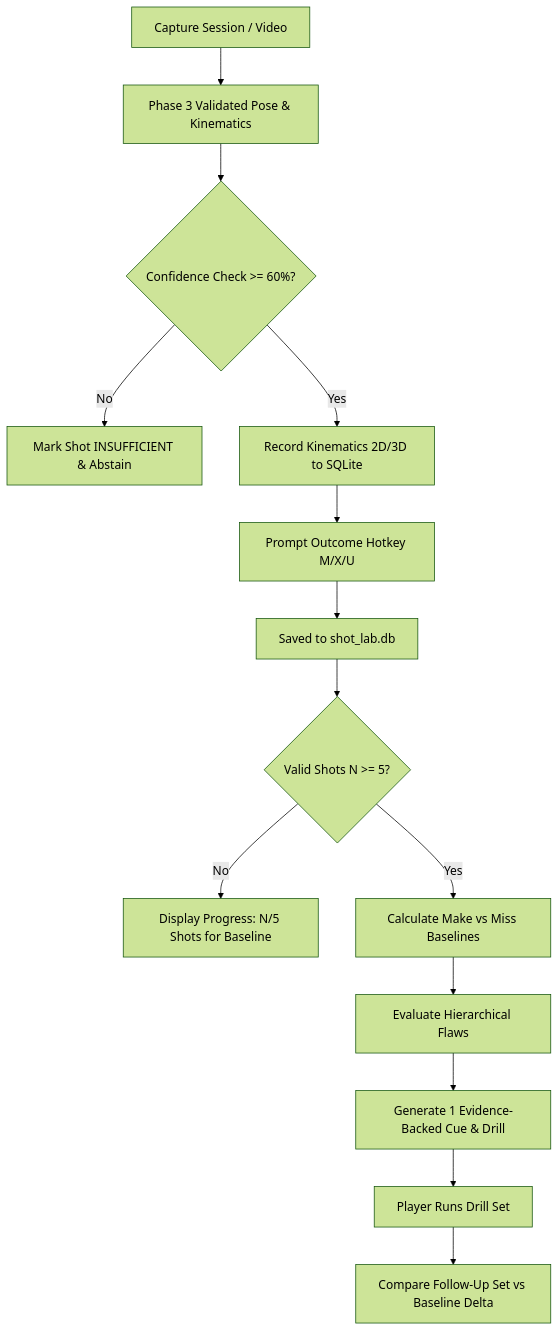
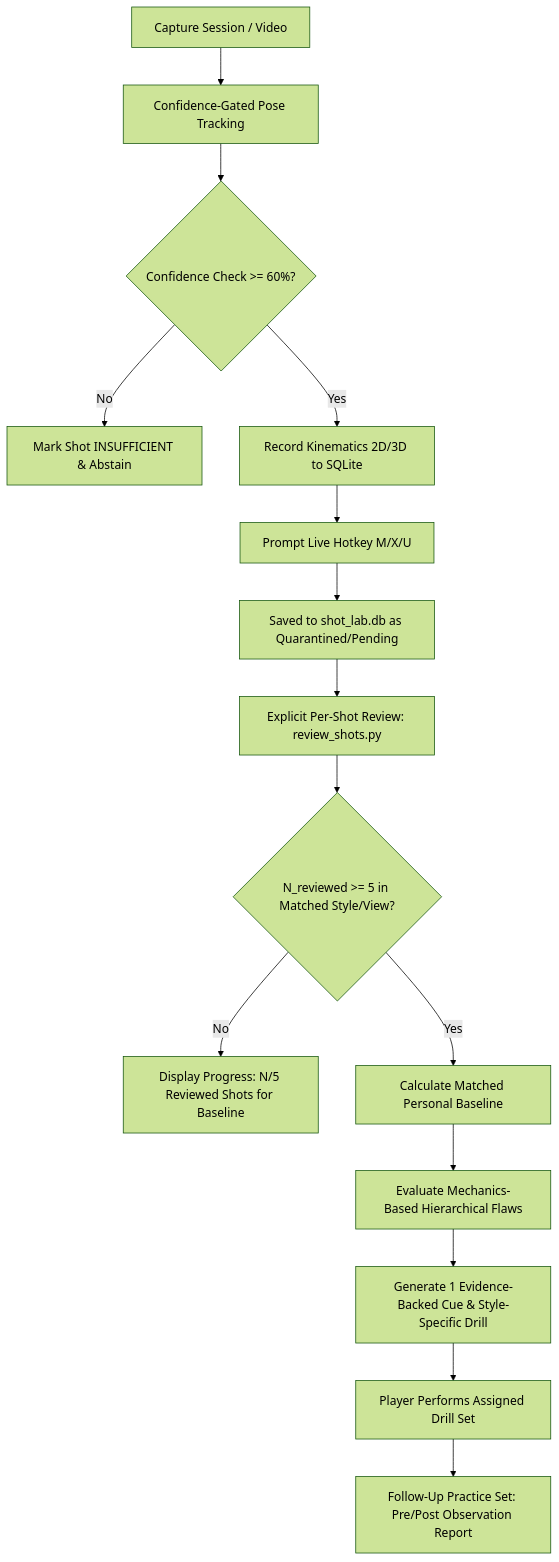
Before and after one commit to pranabbhardwaj137/basketball_proj: the diagram in .planning/phases/04-shot-lab/04-CONTEXT.md, drawn with Mermaid (forest theme). The commit also changed other lines of this file and 82 other files, not shown here.

Commit message:
Phase 4 - HUD, review shots system, model verification, mechanics improvements, dev onboarding updated

````diff
--- a/.planning/phases/04-shot-lab/04-CONTEXT.md
+++ b/.planning/phases/04-shot-lab/04-CONTEXT.md
@@ -60,16 +80,17 @@
 ```mermaid
 flowchart TD
-    A[Capture Session / Video] --> B[Phase 3 Validated Pose & Kinematics]
+    A[Capture Session / Video] --> B[Confidence-Gated Pose Tracking]
     B --> C{Confidence Check >= 60%?}
     C -->|No| D[Mark Shot INSUFFICIENT & Abstain]
     C -->|Yes| E[Record Kinematics 2D/3D to SQLite]
-    E --> F[Prompt Outcome Hotkey M/X/U]
-    F --> G[Saved to shot_lab.db]
-    G --> H{Valid Shots N >= 5?}
-    H -->|No| I[Display Progress: N/5 Shots for Baseline]
-    H -->|Yes| J[Calculate Make vs Miss Baselines]
-    J --> K[Evaluate Hierarchical Flaws]
-    K --> L[Generate 1 Evidence-Backed Cue & Drill]
-    L --> M[Player Runs Drill Set]
-    M --> N[Compare Follow-Up Set vs Baseline Delta]
+    E --> F[Prompt Live Hotkey M/X/U]
+    F --> G[Saved to shot_lab.db as Quarantined/Pending]
+    G --> H[Explicit Per-Shot Review: review_shots.py]
+    H --> I{N_reviewed >= 5 in Matched Style/View?}
+    I -->|No| J[Display Progress: N/5 Reviewed Shots for Baseline]
+    I -->|Yes| K[Calculate Matched Personal Baseline]
+    K --> L[Evaluate Mechanics-Based Hierarchical Flaws]
+    L --> M[Generate 1 Evidence-Backed Cue & Style-Specific Drill]
+    M --> N[Player Performs Assigned Drill Set]
+    N --> O[Follow-Up Practice Set: Pre/Post Observation Report]
 ```
````
